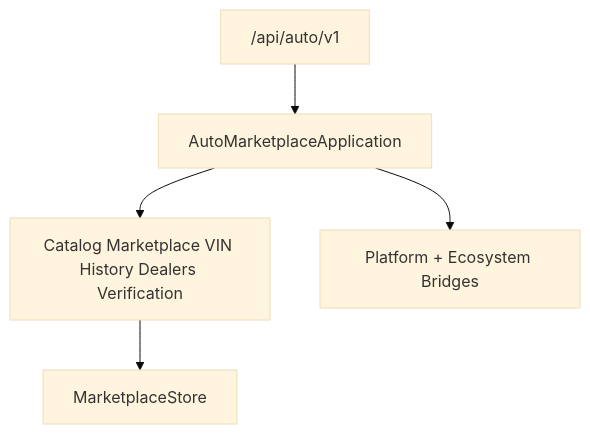
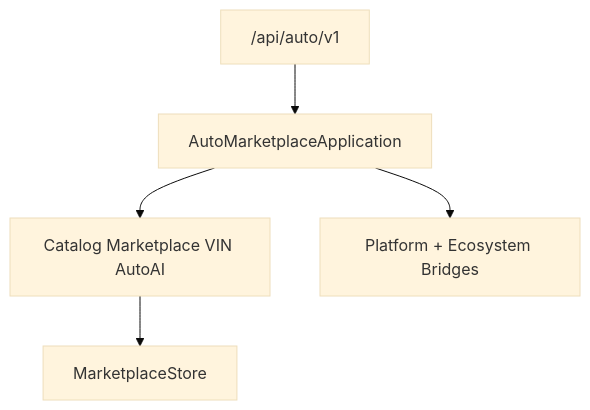
The diagram in docs/AUTO_MARKETPLACE.md (okeysiri11/telegram-ai-crm-bot), drawn with Mermaid (base theme) before and after one commit. The commit also changed other lines of this file and 37 other files, not shown here.

````diff
--- a/docs/AUTO_MARKETPLACE.md
+++ b/docs/AUTO_MARKETPLACE.md
@@ -19,10 +20,10 @@
 ```mermaid
 flowchart TB
     API["/api/auto/v1"]
     App[AutoMarketplaceApplication]
-    Domains[Catalog Marketplace VIN History Dealers Verification]
+    Domains[Catalog Marketplace VIN AutoAI]
     Bridges[Platform + Ecosystem Bridges]
     Store[MarketplaceStore]
     API --> App --> Domains --> Store
     App --> Bridges
 ```
````
